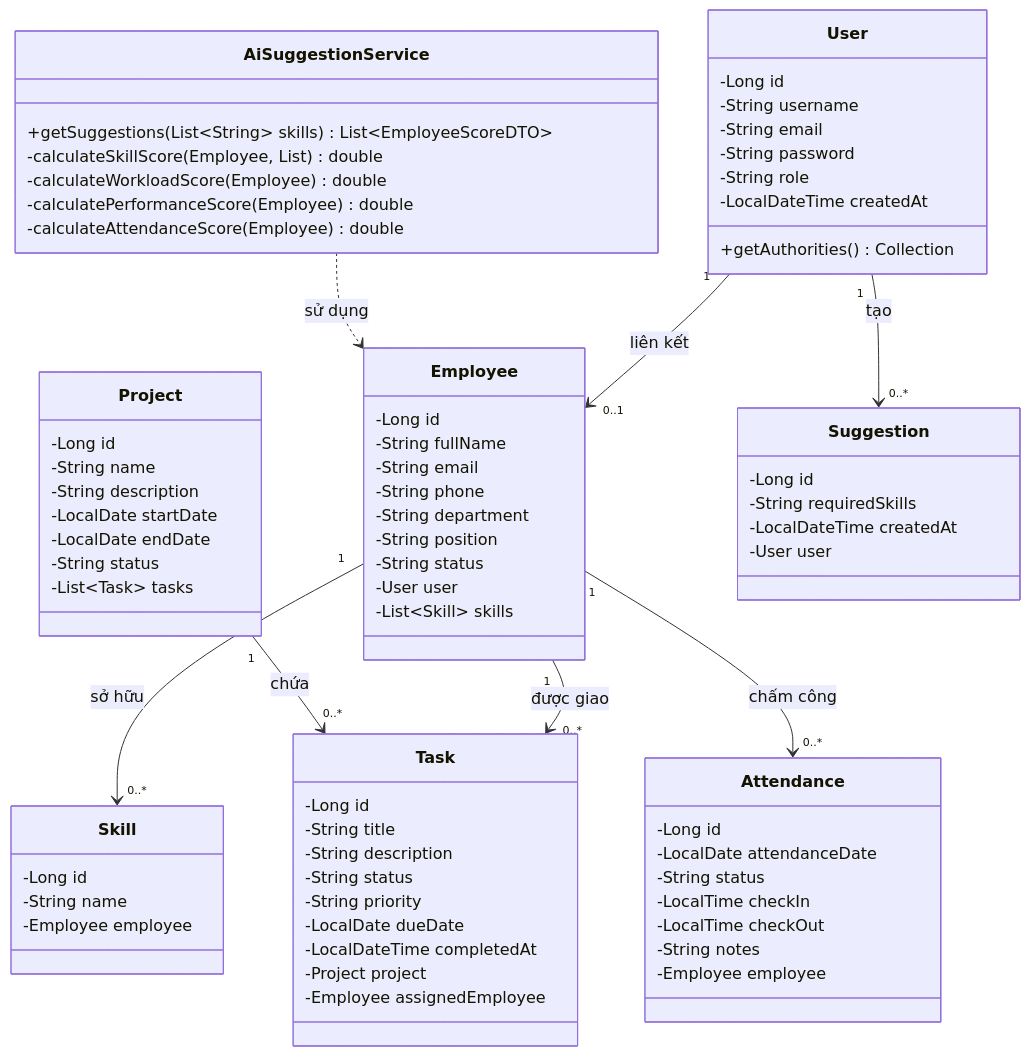
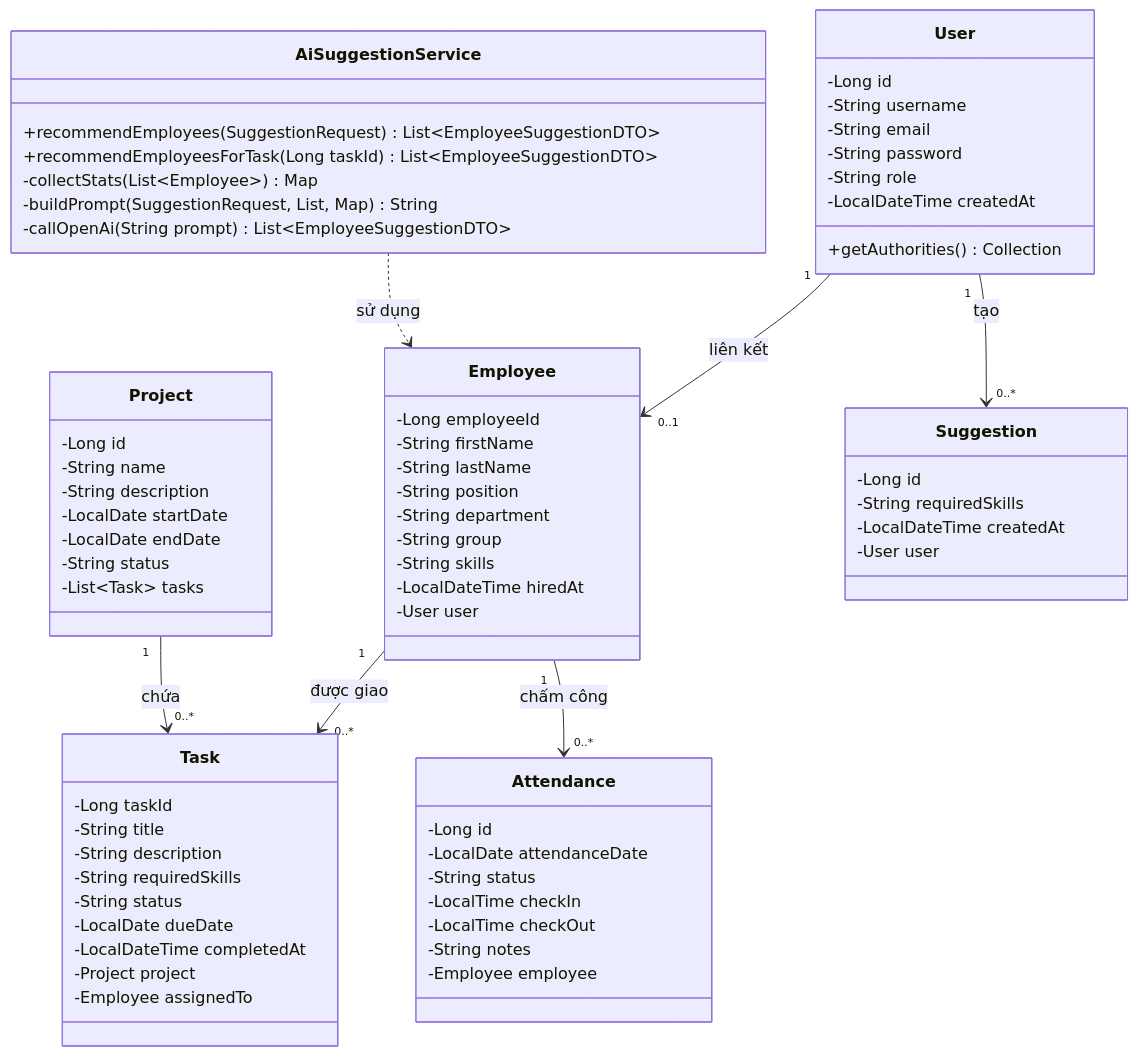
One commit to nhathao428/taskhub changed the third of 6 diagrams in docs/BAO_CAO_DO_AN.md. Above: the diagram before and after it, drawn with Mermaid. The commit also changed other lines of this file and 35 other files, not shown here.

```diff
--- a/docs/BAO_CAO_DO_AN.md
+++ b/docs/BAO_CAO_DO_AN.md
@@ -586,21 +568,15 @@
     }
 
     class Employee {
-        -Long id
-        -String fullName
-        -String email
-        -String phone
+        -Long employeeId
+        -String firstName
+        -String lastName
+        -String position
         -String department
-        -String position
-        -String status
+        -String group
+        -String skills
+        -LocalDateTime hiredAt
         -User user
-        -List~Skill~ skills
-    }
-
-    class Skill {
-        -Long id
-        -String name
-        -Employee employee
     }
 
     class Project {
@@ -614,15 +590,15 @@
     }
 
     class Task {
-        -Long id
+        -Long taskId
         -String title
         -String description
+        -String requiredSkills
         -String status
-        -String priority
         -LocalDate dueDate
         -LocalDateTime completedAt
         -Project project
-        -Employee assignedEmployee
+        -Employee assignedTo
     }
 
     class Attendance {
@@ -643,15 +619,14 @@
     }
 
     class AiSuggestionService {
-        +getSuggestions(List~String~ skills) List~EmployeeScoreDTO~
-        -calculateSkillScore(Employee, List) double
-        -calculateWorkloadScore(Employee) double
-        -calculatePerformanceScore(Employee) double
-        -calculateAttendanceScore(Employee) double
+        +recommendEmployees(SuggestionRequest) List~EmployeeSuggestionDTO~
+        +recommendEmployeesForTask(Long taskId) List~EmployeeSuggestionDTO~
+        -collectStats(List~Employee~) Map
+        -buildPrompt(SuggestionRequest, List, Map) String
+        -callOpenAi(String prompt) List~EmployeeSuggestionDTO~
     }
 
     User "1" --> "0..1" Employee : liên kết
-    Employee "1" --> "0..*" Skill : sở hữu
     Employee "1" --> "0..*" Task : được giao
     Employee "1" --> "0..*" Attendance : chấm công
     Project "1" --> "0..*" Task : chứa
```
